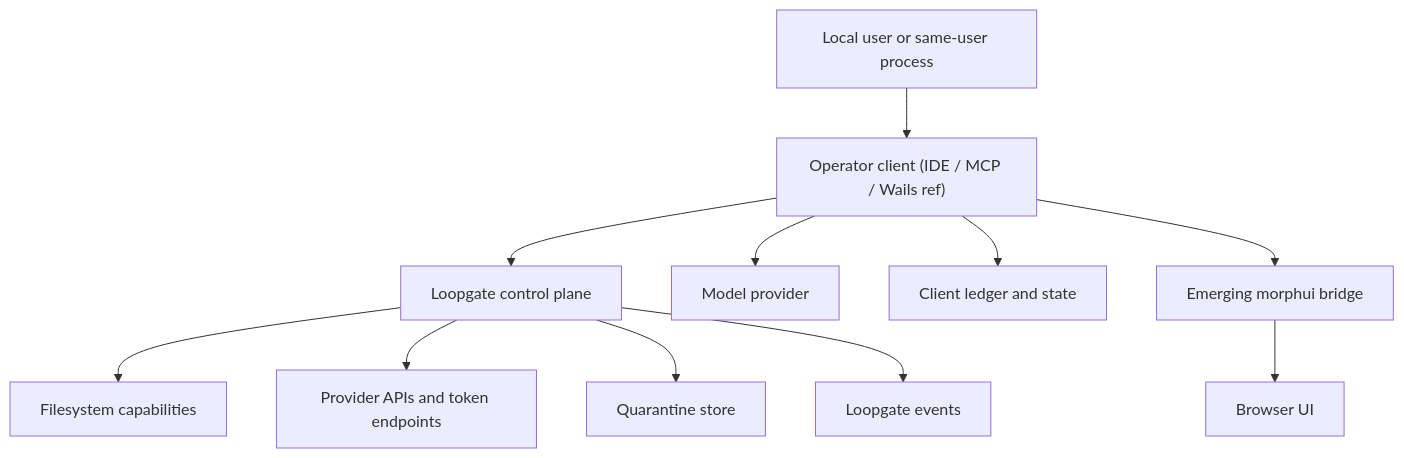
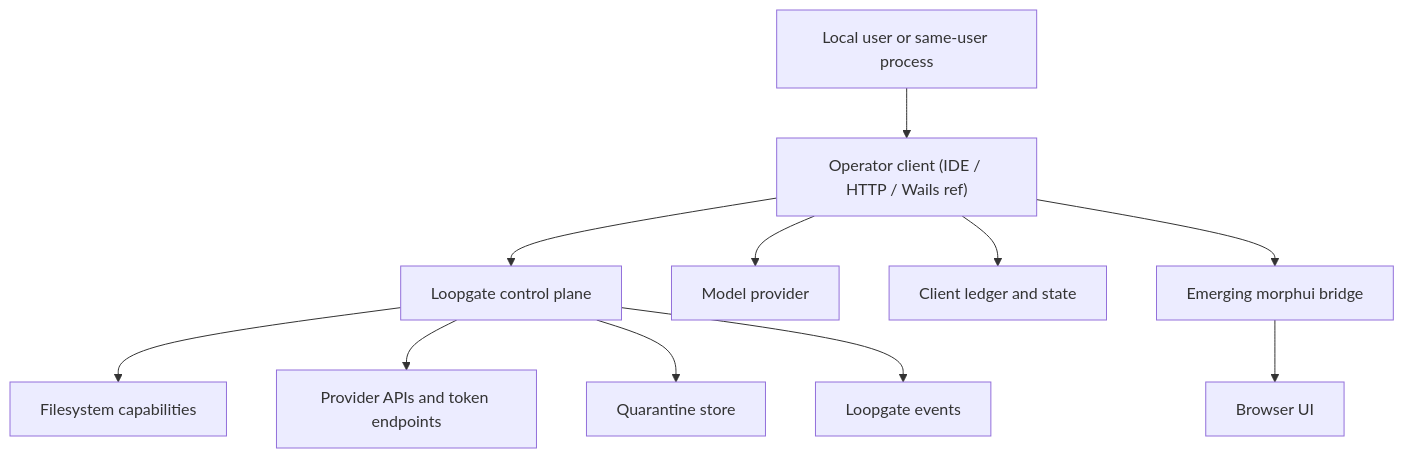
Before and after one commit to loop-root/loopgate: the diagram in docs/loopgate-threat-model.md, drawn with Mermaid. The commit also changed other lines of this file and 71 other files, not shown here.

````diff
--- a/docs/loopgate-threat-model.md
+++ b/docs/loopgate-threat-model.md
@@ -96,13 +96,13 @@
 ```mermaid
 flowchart TD
-  User["Local user or same-user process"] --> Client["Operator client (IDE / MCP / Wails ref)"]
+  User["Local user or same-user process"] --> Client["Operator client (IDE / HTTP / Wails ref)"]
   Client --> Loopgate["Loopgate control plane"]
   Client --> Model["Model provider"]
   Loopgate --> Files["Filesystem capabilities"]
   Loopgate --> Provider["Provider APIs and token endpoints"]
   Loopgate --> Quarantine["Quarantine store"]
   Client --> Ledger["Client ledger and state"]
   Loopgate --> Audit["Loopgate events"]
   Client --> Bridge["Emerging morphui bridge"]
   Bridge --> Browser["Browser UI"]
 ```
````
